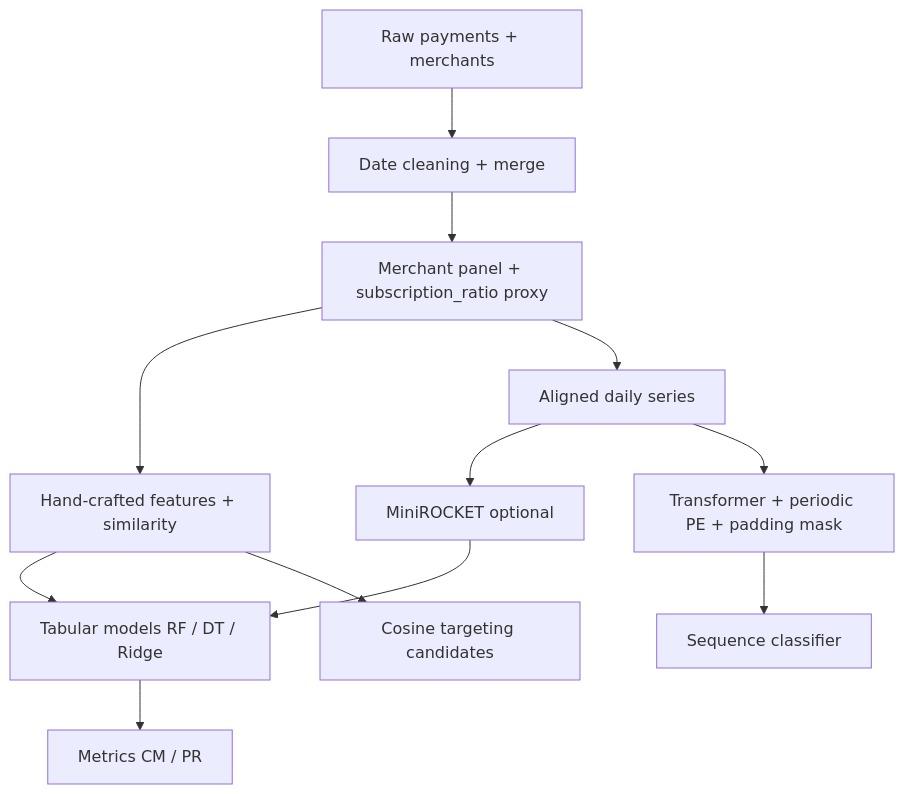
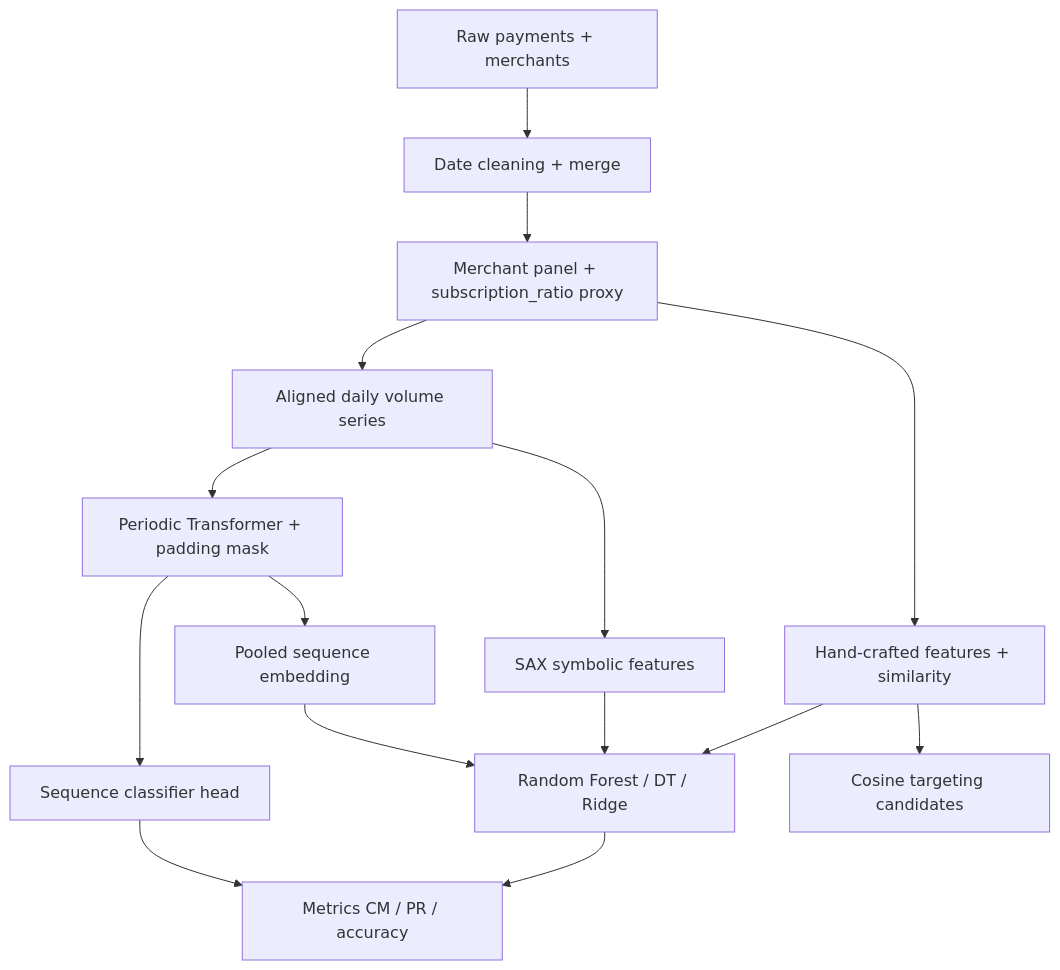
Before and after one commit to alirezakesha/stripe-recurrence-score: the diagram in README.md, drawn with Mermaid. The commit also changed other lines of this file, not shown here.

````diff
--- a/README.md
+++ b/README.md
@@ -138,14 +138,17 @@
 ```mermaid
 flowchart TD
     A[Raw payments + merchants] --> B[Date cleaning + merge]
     B --> C[Merchant panel + subscription_ratio proxy]
     C --> D[Hand-crafted features + similarity]
-    C --> E[Aligned daily series]
-    E --> F[MiniROCKET optional]
-    E --> G[Transformer + periodic PE + padding mask]
-    D --> H[Tabular models RF / DT / Ridge]
-    F --> H
-    G --> I[Sequence classifier]
-    H --> J[Metrics CM / PR]
+    C --> E[Aligned daily volume series]
+    E --> F[Periodic Transformer + padding mask]
+    E --> S[SAX symbolic features]
+    F --> G[Pooled sequence embedding]
+    D --> H[Random Forest / DT / Ridge]
+    S --> H
+    G --> H
+    F --> I[Sequence classifier head]
+    H --> J[Metrics CM / PR / accuracy]
+    I --> J
     D --> K[Cosine targeting candidates]
 ```
````
